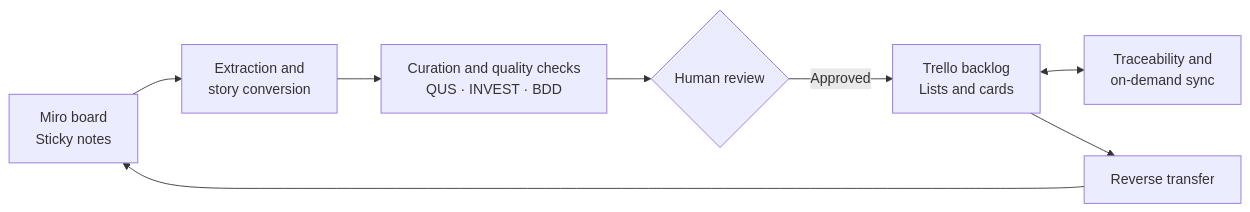
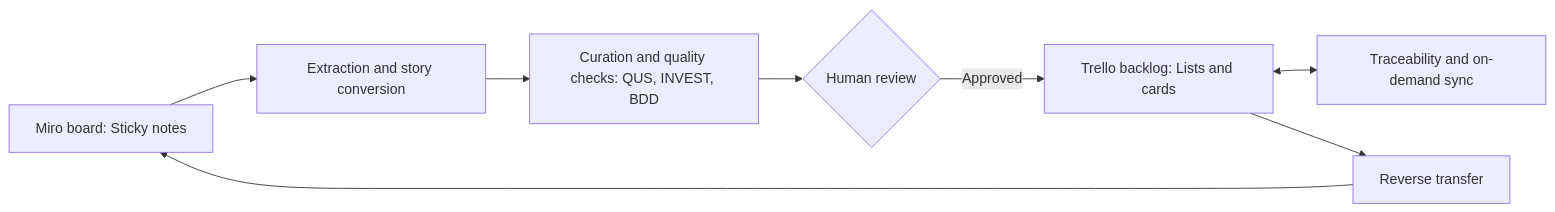
Before and after one commit to Pedro-YH10/Collab2Us: the diagram in README.md, drawn with Mermaid.

````diff
--- a/README.md
+++ b/README.md
@@ -41,10 +41,10 @@
 ```mermaid
 flowchart LR
-    A["Miro board<br/>Sticky notes"] --> B["Extraction and<br/>story conversion"]
-    B --> C["Curation and quality checks<br/>QUS · INVEST · BDD"]
+    A["Miro board: Sticky notes"] --> B["Extraction and story conversion"]
+    B --> C["Curation and quality checks: QUS, INVEST, BDD"]
     C --> D{"Human review"}
-    D -->|Approved| E["Trello backlog<br/>Lists and cards"]
-    E <--> F["Traceability and<br/>on-demand sync"]
+    D -->|Approved| E["Trello backlog: Lists and cards"]
+    E <--> F["Traceability and on-demand sync"]
     E --> G["Reverse transfer"]
     G --> A
 ```
````
